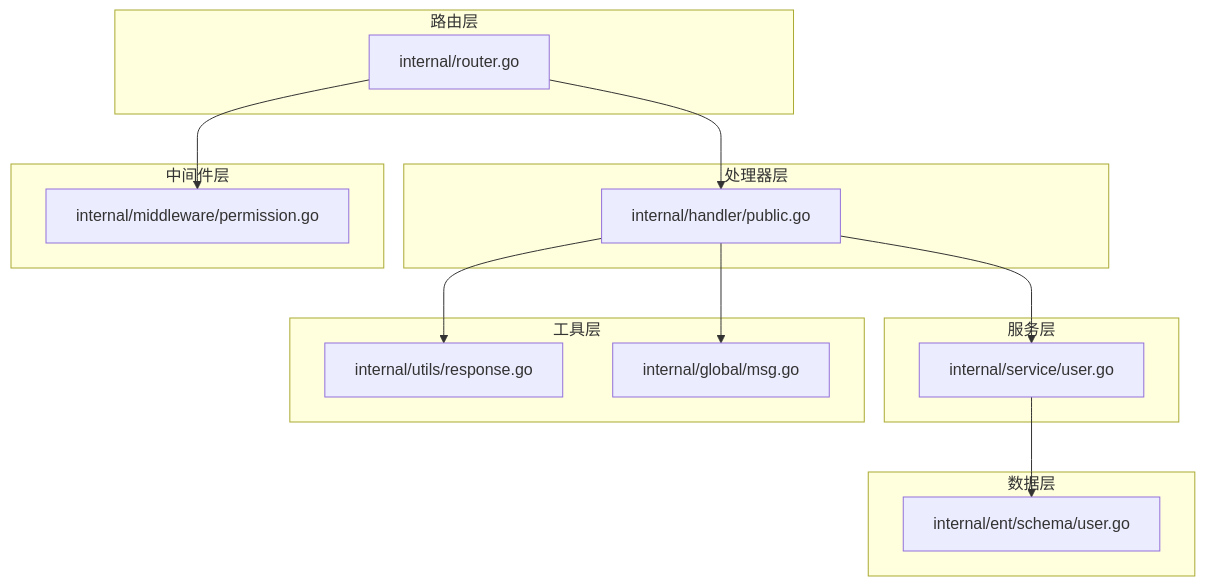
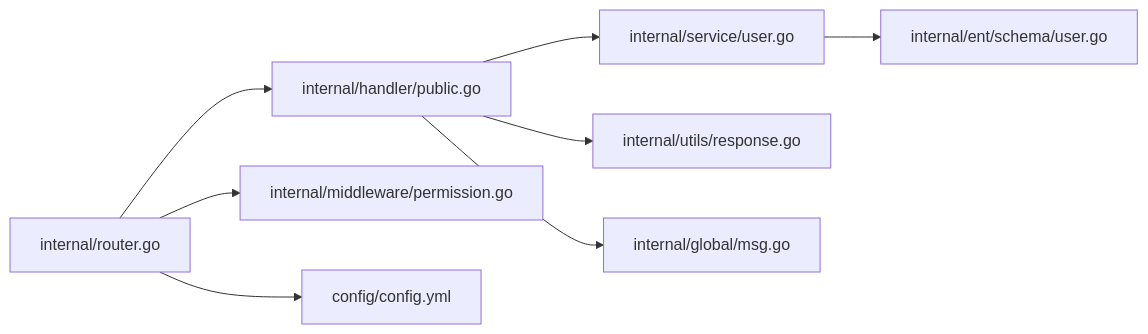
Before and after one commit to wuwuseo/e-sports-go-admin: the third of 3 diagrams in .qoder/repowiki/zh/content/API接口文档/用户管理接口.md, drawn with Mermaid. The commit also changed other lines of this file and 141 other files, not shown here.

````diff
--- a/.qoder/repowiki/zh/content/API接口文档/用户管理接口.md
+++ b/.qoder/repowiki/zh/content/API接口文档/用户管理接口.md
@@ -36,28 +246,10 @@
 ```mermaid
-graph TB
-subgraph "路由层"
-R1[internal/router.go]
-end
-subgraph "处理器层"
-H1[internal/handler/public.go]
-end
-subgraph "服务层"
-S1[internal/service/user.go]
-end
-subgraph "数据层"
-D1[internal/ent/schema/user.go]
-end
-subgraph "中间件层"
-M1[internal/middleware/permission.go]
-end
-subgraph "工具层"
-U1[internal/utils/response.go]
-U2[internal/global/msg.go]
-end
-R1 --> H1
-H1 --> S1
-S1 --> D1
-H1 --> U1
-H1 --> U2
-R1 --> M1
+graph LR
+Router["internal/router.go"] --> Handler["internal/handler/public.go"]
+Handler --> Service["internal/service/user.go"]
+Service --> Ent["internal/ent/schema/user.go"]
+Handler --> Utils["internal/utils/response.go"]
+Handler --> Global["internal/global/msg.go"]
+Router --> Perm["internal/middleware/permission.go"]
+Router --> Config["config/config.yml"]
 ```
````
